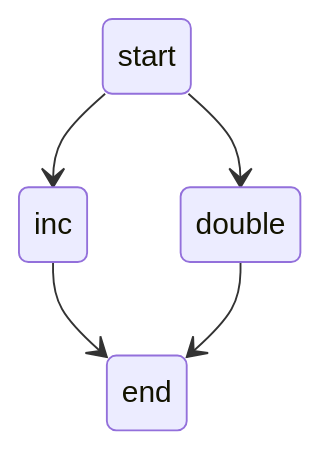
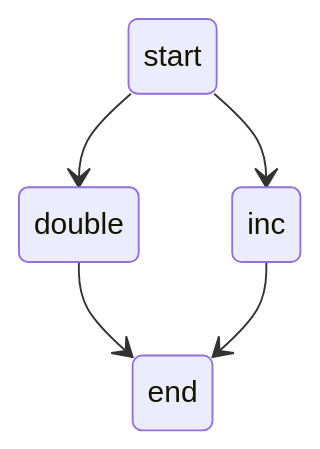
One commit to nquangtrung/agentgo changed the diagram in graph/graph_visualize_test_fanout.md. Above: the diagram before and after it, drawn with Mermaid. The commit also changed other lines of this file and 10 other files, not shown here.

````diff
--- a/graph/graph_visualize_test_fanout.md
+++ b/graph/graph_visualize_test_fanout.md
@@ -1,12 +1,12 @@
 ```mermaid
 stateDiagram-v2
     state "start" as start
     state "end" as end
     state "inc" as inc
     state "double" as double
+    double --> end : 
     start --> inc : 
     start --> double : 
     inc --> end : 
-    double --> end : 
 
 ```
````
